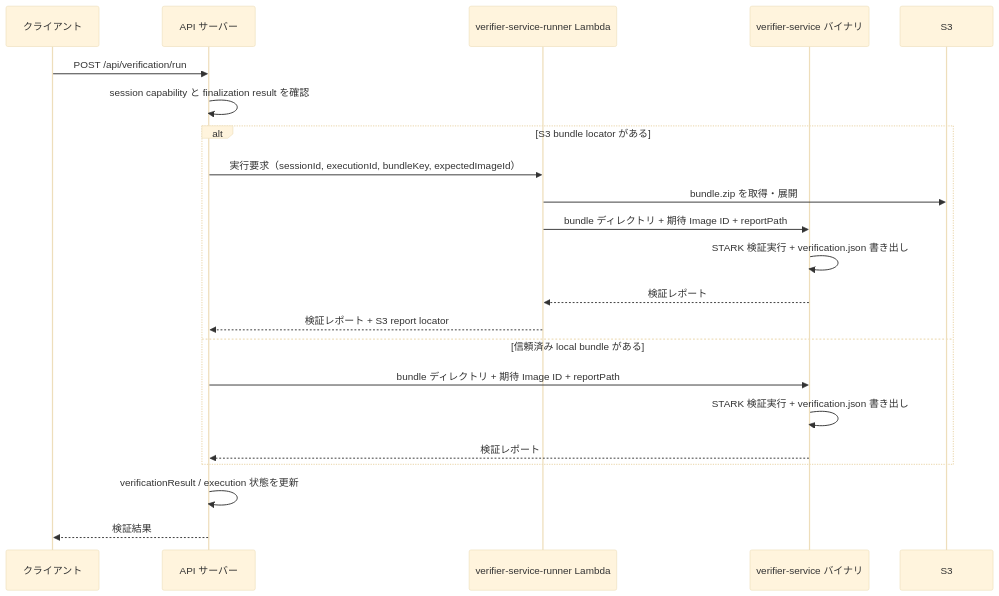
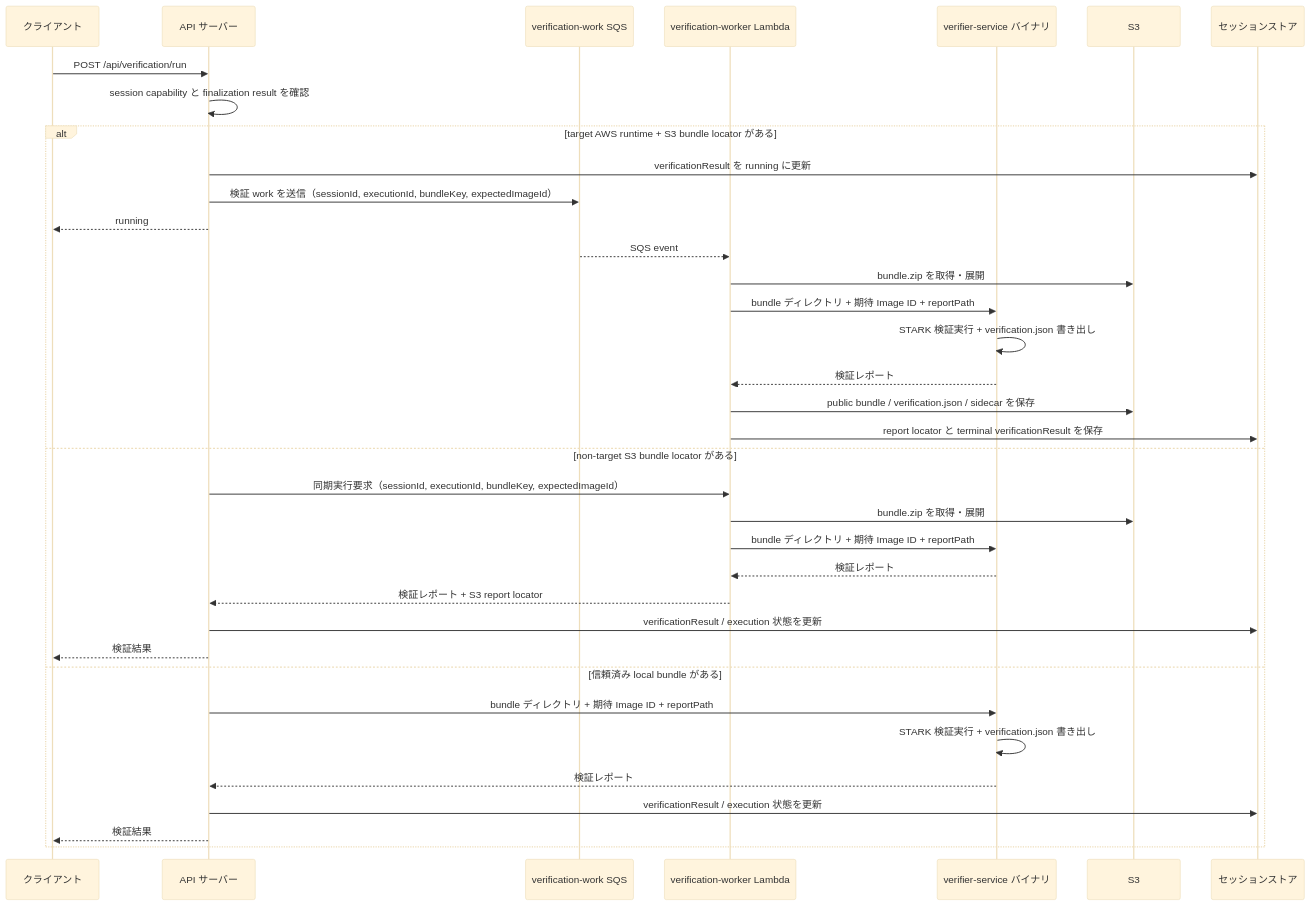
One commit to hwatanabe-jp/stark-ballot-simulator-public changed the third of 3 diagrams in public-book/src/zkvm/verifier-service.md. Above: the diagram before and after it, drawn with Mermaid (base theme). The commit also changed other lines of this file and 1491 other files, not shown here.

````diff
--- a/public-book/src/zkvm/verifier-service.md
+++ b/public-book/src/zkvm/verifier-service.md
@@ -117,25 +129,39 @@
 ```mermaid
 sequenceDiagram
   participant C as クライアント
   participant API as API サーバー
-  participant RUNNER as verifier-service-runner Lambda
+  participant Q as verification-work SQS
+  participant RUNNER as verification-worker Lambda
   participant VS as verifier-service バイナリ
   participant S3 as S3
+  participant STORE as セッションストア
 
   C->>API: POST /api/verification/run
   API->>API: session capability と finalization result を確認
-  alt S3 bundle locator がある
-    API->>RUNNER: 実行要求（sessionId, executionId, bundleKey, expectedImageId）
+  alt target AWS runtime + S3 bundle locator がある
+    API->>STORE: verificationResult を running に更新
+    API->>Q: 検証 work を送信（sessionId, executionId, bundleKey, expectedImageId）
+    API-->>C: running
+    Q-->>RUNNER: SQS event
     RUNNER->>S3: bundle.zip を取得・展開
     RUNNER->>VS: bundle ディレクトリ + 期待 Image ID + reportPath
     VS->>VS: STARK 検証実行 + verification.json 書き出し
     VS-->>RUNNER: 検証レポート
+    RUNNER->>S3: public bundle / verification.json / sidecar を保存
+    RUNNER->>STORE: report locator と terminal verificationResult を保存
+  else non-target S3 bundle locator がある
+    API->>RUNNER: 同期実行要求（sessionId, executionId, bundleKey, expectedImageId）
+    RUNNER->>S3: bundle.zip を取得・展開
+    RUNNER->>VS: bundle ディレクトリ + 期待 Image ID + reportPath
+    VS-->>RUNNER: 検証レポート
     RUNNER-->>API: 検証レポート + S3 report locator
+    API->>STORE: verificationResult / execution 状態を更新
+    API-->>C: 検証結果
   else 信頼済み local bundle がある
     API->>VS: bundle ディレクトリ + 期待 Image ID + reportPath
     VS->>VS: STARK 検証実行 + verification.json 書き出し
     VS-->>API: 検証レポート
+    API->>STORE: verificationResult / execution 状態を更新
+    API-->>C: 検証結果
   end
-  API->>API: verificationResult / execution 状態を更新
-  API-->>C: 検証結果
 ```
````
